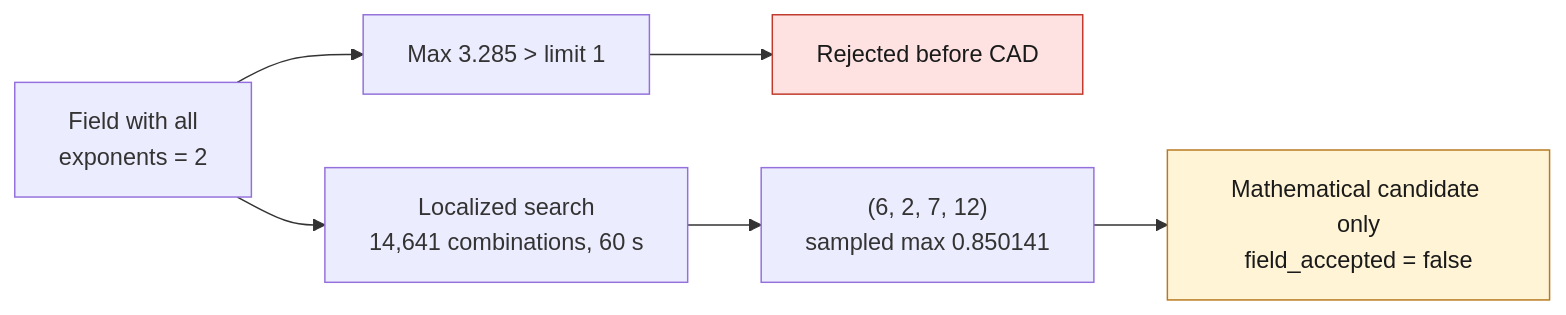
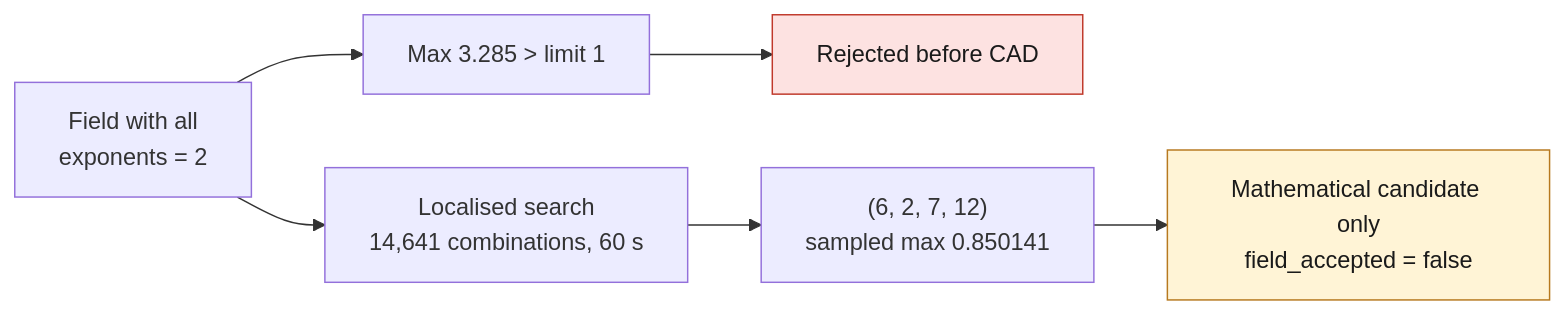
One commit to cluster2600/porscheparts changed the diagram in docs/reports/M64_IMPLICIT_BOUNDARY_BUBBLE_20260907.md. Above: the diagram before and after it, drawn with Mermaid. The commit also changed other lines of this file and 480 other files, not shown here.

````diff
--- a/docs/reports/M64_IMPLICIT_BOUNDARY_BUBBLE_20260907.md
+++ b/docs/reports/M64_IMPLICIT_BOUNDARY_BUBBLE_20260907.md
@@ -3,12 +3,12 @@
 ```mermaid
 flowchart LR
   A["Field with all<br/>exponents = 2"] --> B["Max 3.285 > limit 1"]
   B --> R["Rejected before CAD"]
-  A --> C["Localized search<br/>14,641 combinations, 60 s"]
+  A --> C["Localised search<br/>14,641 combinations, 60 s"]
   C --> D["(6, 2, 7, 12)<br/>sampled max 0.850141"]
   D --> E["Mathematical candidate only<br/>field_accepted = false"]
   classDef stop fill:#fde2e1,stroke:#c0392b,color:#1a1a1a;
   classDef open fill:#fff4d6,stroke:#b7791f,color:#1a1a1a;
   class R stop;
   class E open;
 ```
````
